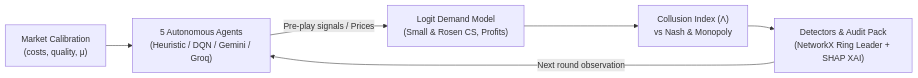
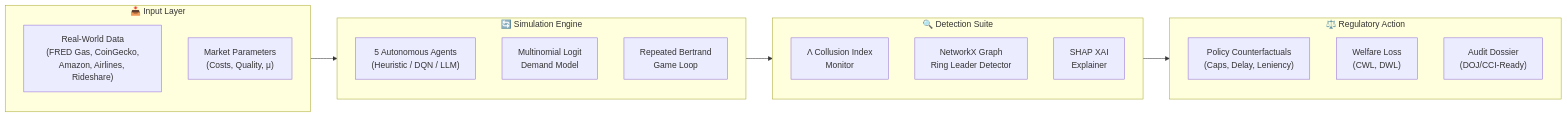
One commit to ARYANRAJ1121/ECHO changed the first of 6 diagrams in README.md. Above: the diagram before and after it, drawn with Mermaid. The commit also changed other lines of this file, not shown here.

Commit message:
docs: comprehensive README rewrite with architecture diagrams, equations, detailed stage breakdowns, full project structure, results, and visual charts

````diff
--- a/README.md
+++ b/README.md
@@ -61,8 +113,27 @@
 ```mermaid
 flowchart LR
-    A["Market Calibration\n(costs, quality, μ)"] --> B["5 Autonomous Agents\n(Heuristic / DQN / Gemini / Groq)"]
-    B -->|Pre-play signals / Prices| C["Logit Demand Model\n(Small & Rosen CS, Profits)"]
-    C --> D["Collusion Index (Λ)\nvs Nash & Monopoly"]
-    D --> E["Detectors & Audit Pack\n(NetworkX Ring Leader + SHAP XAI)"]
-    E -->|Next round observation| B
+    subgraph INPUT["📥 Input Layer"]
+        D1["Real-World Data<br/>(FRED Gas, CoinGecko,<br/>Amazon, Airlines, Rideshare)"]
+        D2["Market Parameters<br/>(Costs, Quality, μ)"]
+    end
+
+    subgraph SIMULATE["🔄 Simulation Engine"]
+        S1["5 Autonomous Agents<br/>(Heuristic / DQN / LLM)"]
+        S2["Multinomial Logit<br/>Demand Model"]
+        S3["Repeated Bertrand<br/>Game Loop"]
+    end
+
+    subgraph DETECT["🔍 Detection Suite"]
+        DT1["Λ Collusion Index<br/>Monitor"]
+        DT2["NetworkX Graph<br/>Ring Leader Detector"]
+        DT3["SHAP XAI<br/>Explainer"]
+    end
+
+    subgraph ACT["⚖️ Regulatory Action"]
+        A1["Policy Counterfactuals<br/>(Caps, Delay, Leniency)"]
+        A2["Welfare Loss<br/>(CWL, DWL)"]
+        A3["Audit Dossier<br/>(DOJ/CCI-Ready)"]
+    end
+
+    INPUT --> SIMULATE --> DETECT --> ACT
 ```
````
